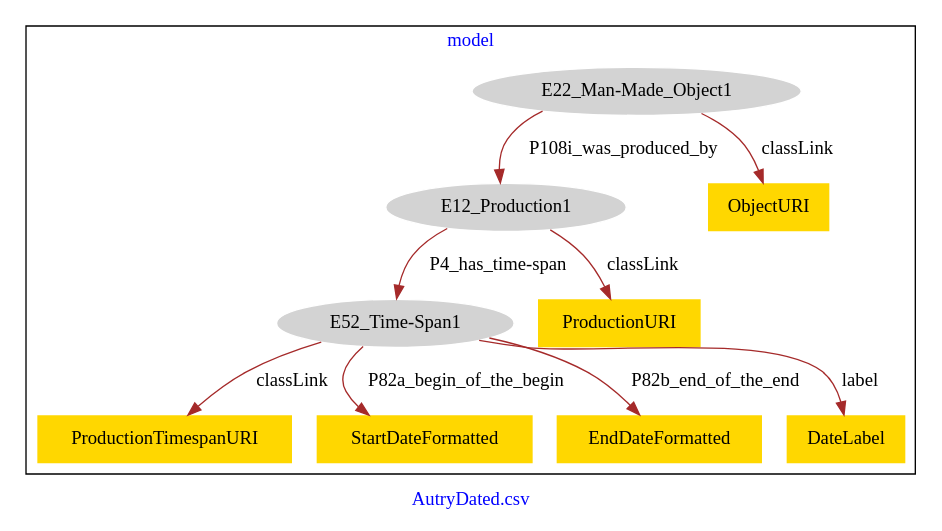
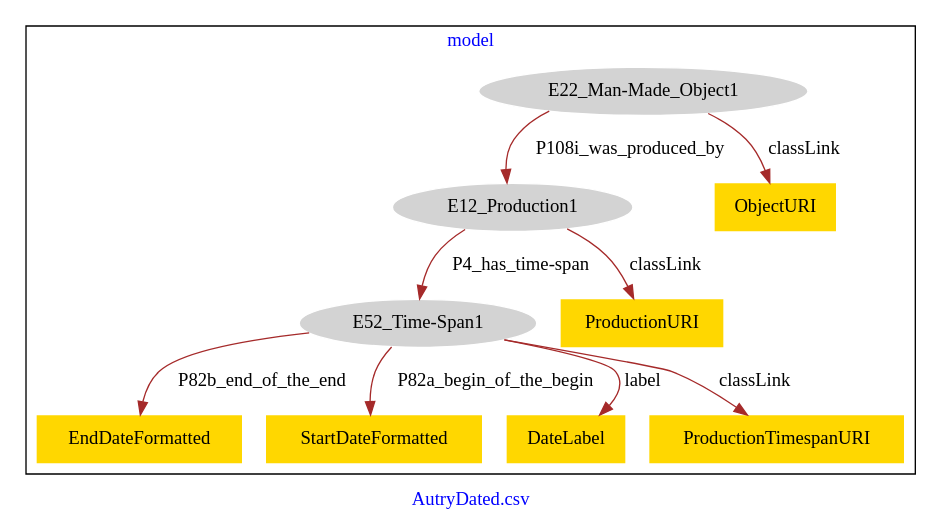
The diagram in AutryDated/AutryDated-model.dot (american-art/autry), drawn with Graphviz before and after one commit.

Commit message:
Update file AutryDated-model.dot

```diff
--- a/AutryDated/AutryDated-model.dot
+++ b/AutryDated/AutryDated-model.dot
@@ -1,25 +1,25 @@
 digraph n0 {
 fontcolor="blue"
 remincross="true"
 label="AutryDated.csv"
 subgraph cluster {
 label="model"
 n2[style="filled",color="white",fillcolor="lightgray",label="E12_Production1"];
 n3[style="filled",color="white",fillcolor="lightgray",label="E52_Time-Span1"];
 n4[style="filled",color="white",fillcolor="lightgray",label="E22_Man-Made_Object1"];
-n5[shape="plaintext",style="filled",fillcolor="gold",label="ObjectURI"];
-n6[shape="plaintext",style="filled",fillcolor="gold",label="ProductionTimespanURI"];
-n7[shape="plaintext",style="filled",fillcolor="gold",label="StartDateFormatted"];
+n5[shape="plaintext",style="filled",fillcolor="gold",label="EndDateFormatted"];
+n6[shape="plaintext",style="filled",fillcolor="gold",label="StartDateFormatted"];
+n7[shape="plaintext",style="filled",fillcolor="gold",label="DateLabel"];
 n8[shape="plaintext",style="filled",fillcolor="gold",label="ProductionURI"];
-n9[shape="plaintext",style="filled",fillcolor="gold",label="EndDateFormatted"];
-n10[shape="plaintext",style="filled",fillcolor="gold",label="DateLabel"];
+n9[shape="plaintext",style="filled",fillcolor="gold",label="ObjectURI"];
+n10[shape="plaintext",style="filled",fillcolor="gold",label="ProductionTimespanURI"];
 }
 n2 -> n3[color="brown",fontcolor="black",label="P4_has_time-span"]
 n4 -> n2[color="brown",fontcolor="black",label="P108i_was_produced_by"]
-n4 -> n5[color="brown",fontcolor="black",label="classLink"]
-n3 -> n6[color="brown",fontcolor="black",label="classLink"]
-n3 -> n7[color="brown",fontcolor="black",label="P82a_begin_of_the_begin"]
+n3 -> n5[color="brown",fontcolor="black",label="P82b_end_of_the_end"]
+n3 -> n6[color="brown",fontcolor="black",label="P82a_begin_of_the_begin"]
+n3 -> n7[color="brown",fontcolor="black",label="label"]
 n2 -> n8[color="brown",fontcolor="black",label="classLink"]
-n3 -> n9[color="brown",fontcolor="black",label="P82b_end_of_the_end"]
-n3 -> n10[color="brown",fontcolor="black",label="label"]
+n4 -> n9[color="brown",fontcolor="black",label="classLink"]
+n3 -> n10[color="brown",fontcolor="black",label="classLink"]
 }
```
